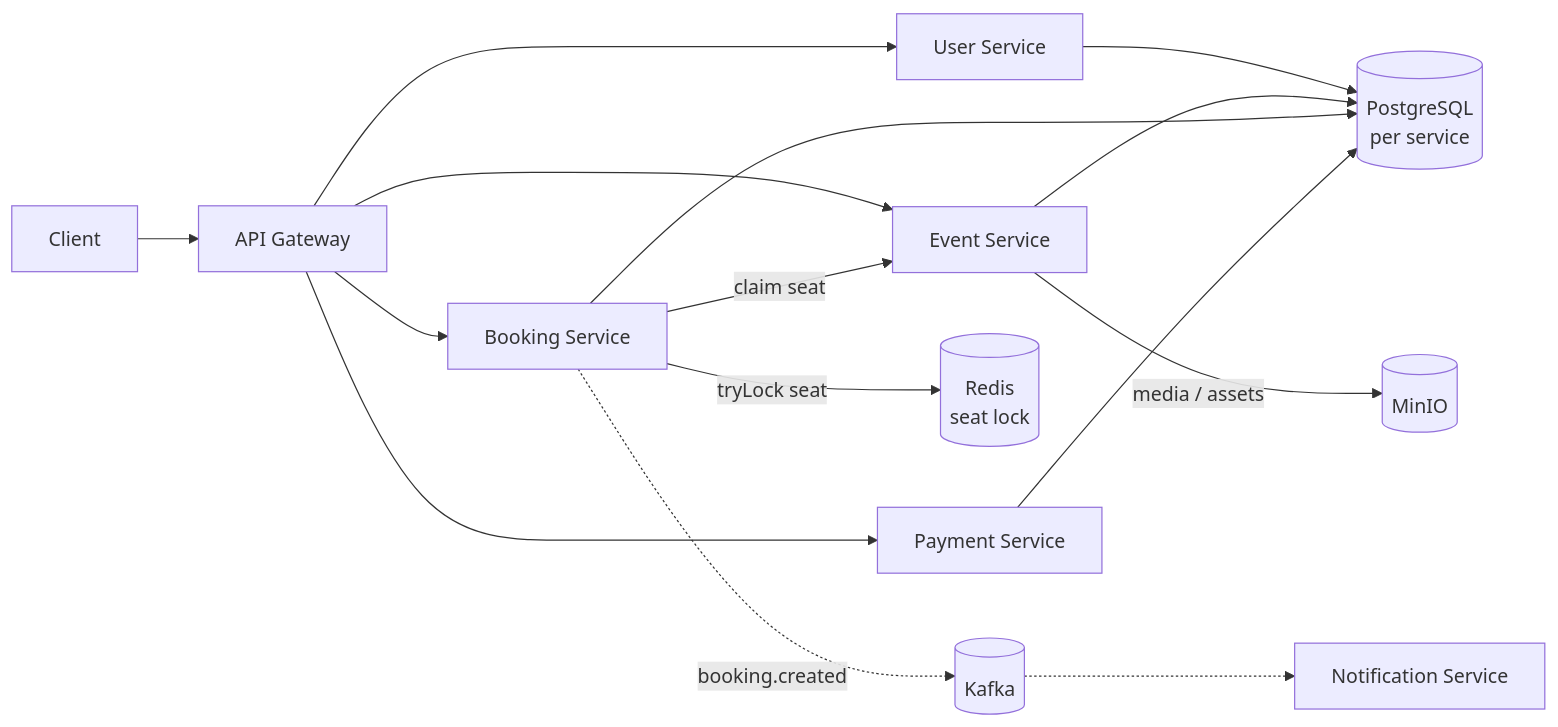
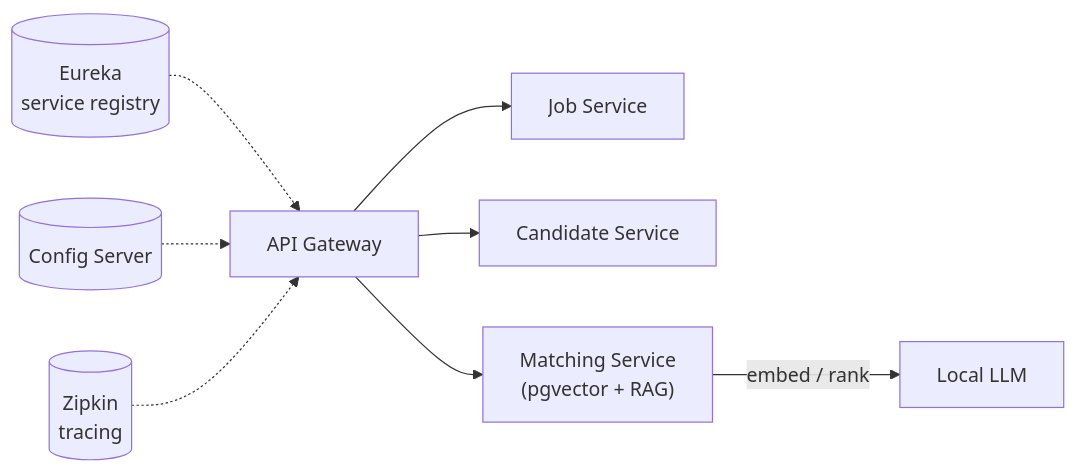
One commit to Anushchinnasamy/AnushChinnasamy changed the third of 5 diagrams in README.md. Above: the diagram before and after it, drawn with Mermaid. The commit also changed other lines of this file and 1 other file, not shown here.

First line of the commit message:
Rewrite profile README to match portfolio design and content

````diff
--- a/README.md
+++ b/README.md
@@ -224,19 +203,11 @@
 ```mermaid
 flowchart LR
-    Client["Client"] --> GW["API Gateway"]
-    GW --> USER["User Service"]
-    GW --> EVENT["Event Service"]
-    GW --> BOOK["Booking Service"]
-    GW --> PAY["Payment Service"]
+    GW["API Gateway"] --> JOB["Job Service"]
+    GW --> CAND["Candidate Service"]
+    GW --> MATCH["Matching Service<br/>(pgvector + RAG)"]
+    MATCH -->|embed / rank| LLM["Local LLM"]
 
-    BOOK -->|tryLock seat| REDIS[("Redis<br/>seat lock")]
-    BOOK -->|claim seat| EVENT
-    BOOK -.->|booking.created| KAFKA[("Kafka")]
-    KAFKA -.-> NOTIFY["Notification Service"]
-
-    USER --> PG[("PostgreSQL<br/>per service")]
-    EVENT --> PG
-    BOOK --> PG
-    PAY --> PG
-    EVENT -->|media / assets| MINIO[("MinIO")]
+    EUREKA[("Eureka<br/>service registry")] -.-> GW
+    CONFIG[("Config Server")] -.-> GW
+    ZIPKIN[("Zipkin<br/>tracing")] -.-> GW
 ```
````
